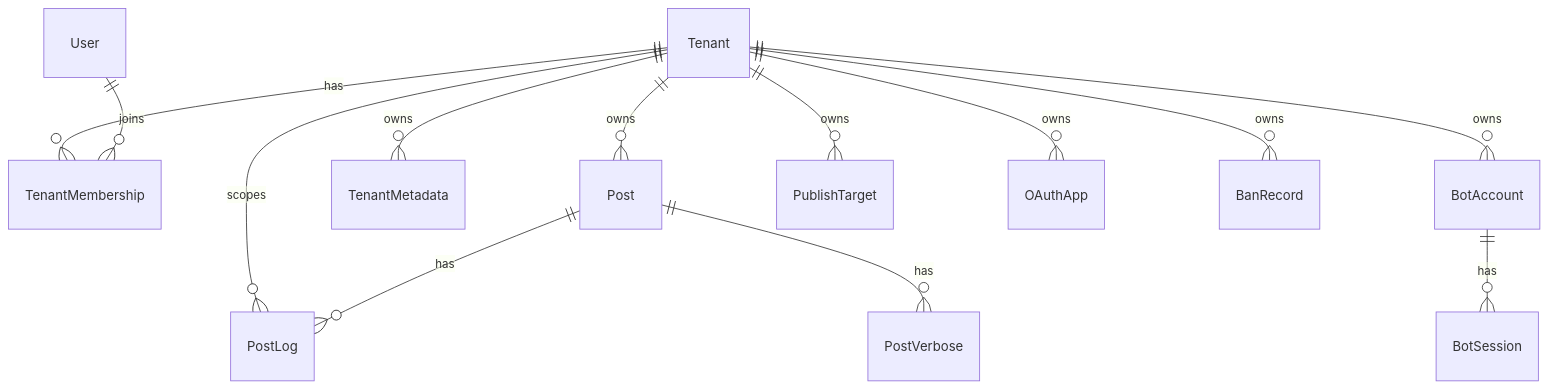
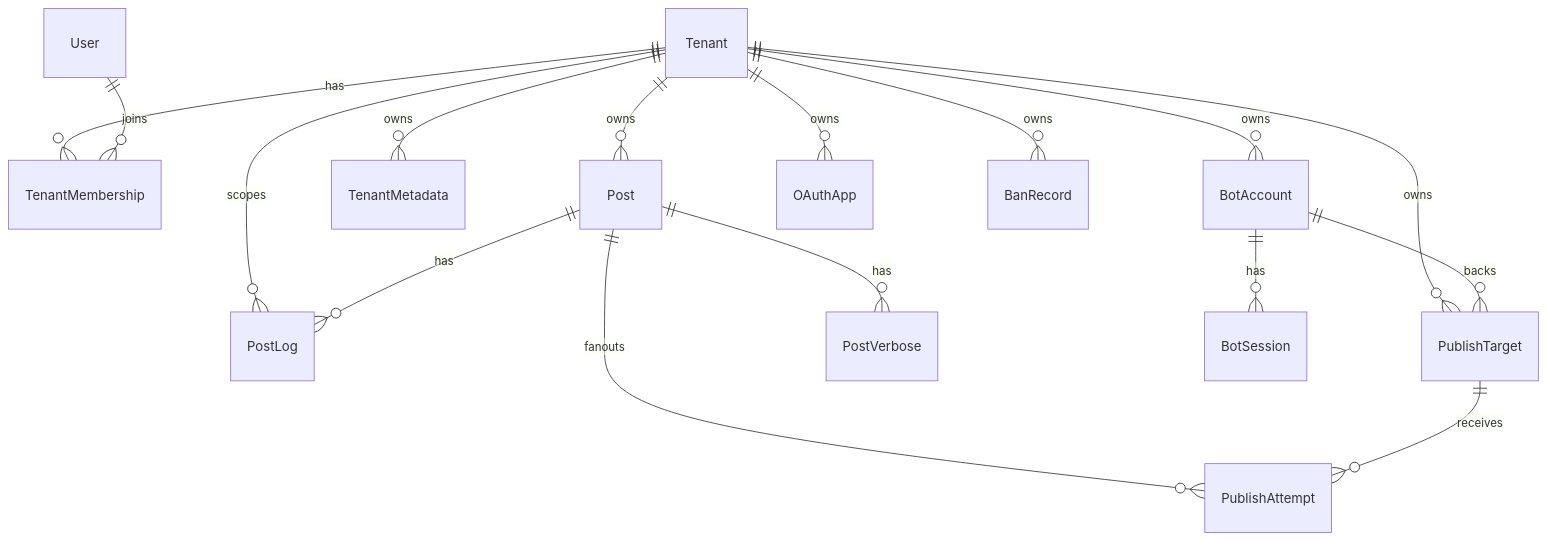
One commit to idoknow/Campux changed the first of 2 diagrams in dev-docs/refactor-next/02-monolith-multitenant-target.md. Above: the diagram before and after it, drawn with Mermaid. The commit also changed other lines of this file and 1 other file, not shown here.

Commit message:
docs: support multi-account tenant publishing

````diff
--- a/dev-docs/refactor-next/02-monolith-multitenant-target.md
+++ b/dev-docs/refactor-next/02-monolith-multitenant-target.md
@@ -49,15 +49,18 @@
 ```mermaid
 erDiagram
   Tenant ||--o{ TenantMembership : has
   User ||--o{ TenantMembership : joins
   Tenant ||--o{ Post : owns
   Tenant ||--o{ PostLog : scopes
   Tenant ||--o{ TenantMetadata : owns
   Tenant ||--o{ BotAccount : owns
   Tenant ||--o{ PublishTarget : owns
   Tenant ||--o{ OAuthApp : owns
   Tenant ||--o{ BanRecord : owns
   Post ||--o{ PostLog : has
   Post ||--o{ PostVerbose : has
+  Post ||--o{ PublishAttempt : fanouts
+  PublishTarget ||--o{ PublishAttempt : receives
+  BotAccount ||--o{ PublishTarget : backs
   BotAccount ||--o{ BotSession : has
 ```
````
